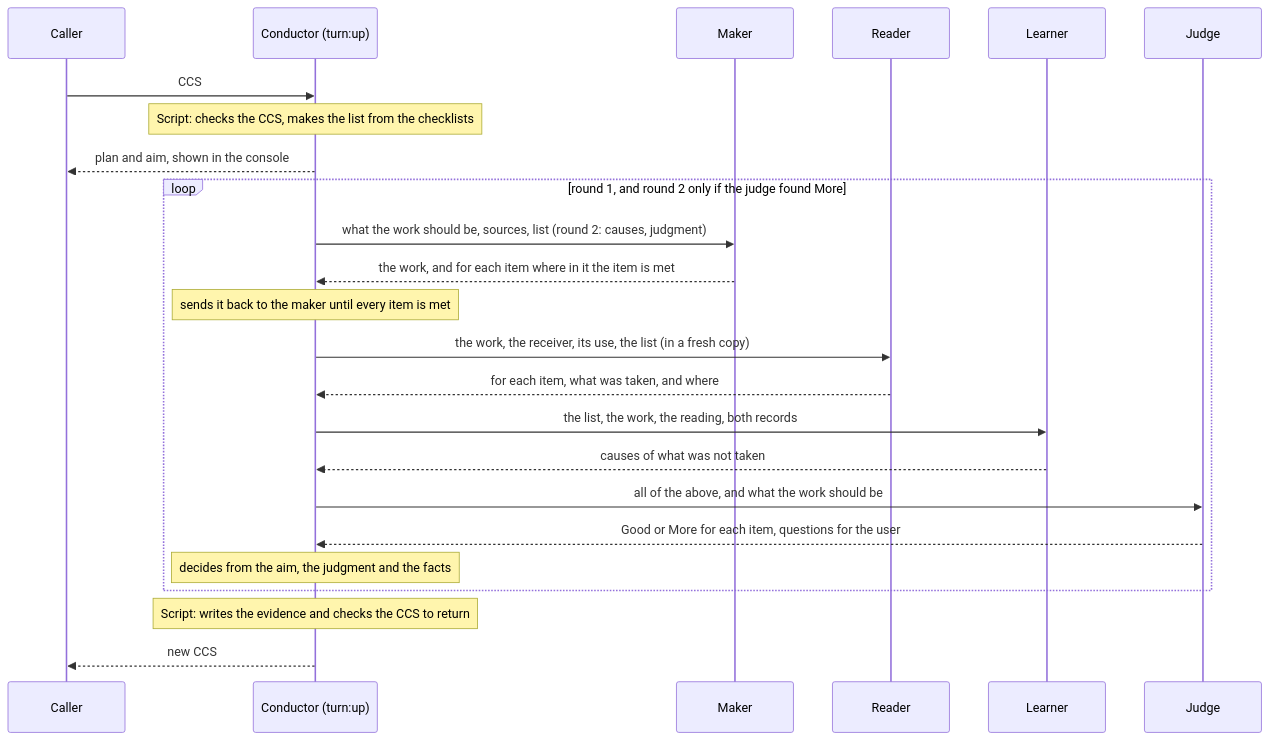
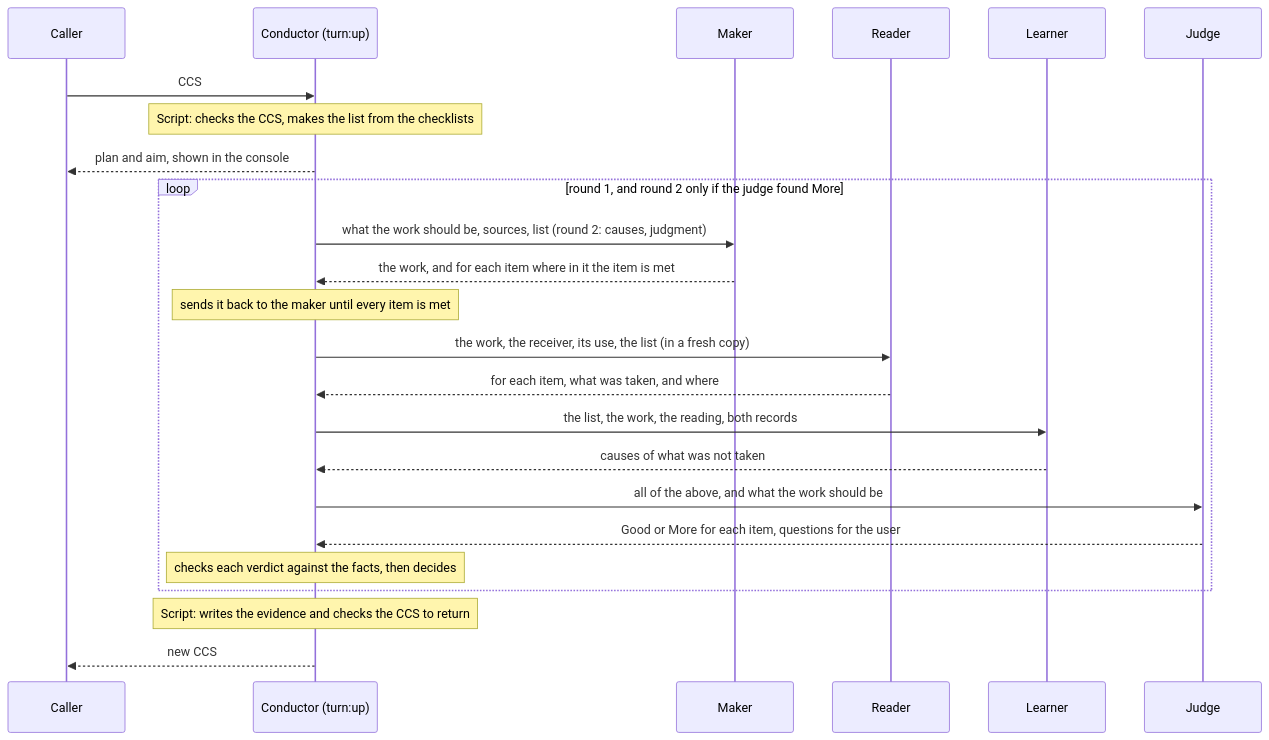
Before and after one commit to lovaizu/ccpm: the diagram in dev/turn/design.md, drawn with Mermaid. The commit also changed other lines of this file, not shown here.

First line of the commit message:
turn design: the conductor makes the final decision and checks each verdict against the facts

````diff
--- a/dev/turn/design.md
+++ b/dev/turn/design.md
@@ -125,26 +126,26 @@
 ```mermaid
 sequenceDiagram
   participant C as Caller
   participant O as Conductor (turn:up)
   participant M as Maker
   participant R as Reader
   participant L as Learner
   participant J as Judge
   C->>O: CCS
   Note over O: Script: checks the CCS, makes the list from the checklists
   O-->>C: plan and aim, shown in the console
   loop round 1, and round 2 only if the judge found More
     O->>M: what the work should be, sources, list (round 2: causes, judgment)
     M-->>O: the work, and for each item where in it the item is met
     Note over O: sends it back to the maker until every item is met
     O->>R: the work, the receiver, its use, the list (in a fresh copy)
     R-->>O: for each item, what was taken, and where
     O->>L: the list, the work, the reading, both records
     L-->>O: causes of what was not taken
     O->>J: all of the above, and what the work should be
     J-->>O: Good or More for each item, questions for the user
-    Note over O: decides from the aim, the judgment and the facts
+    Note over O: checks each verdict against the facts, then decides
   end
   Note over O: Script: writes the evidence and checks the CCS to return
   O-->>C: new CCS
 ```
````
